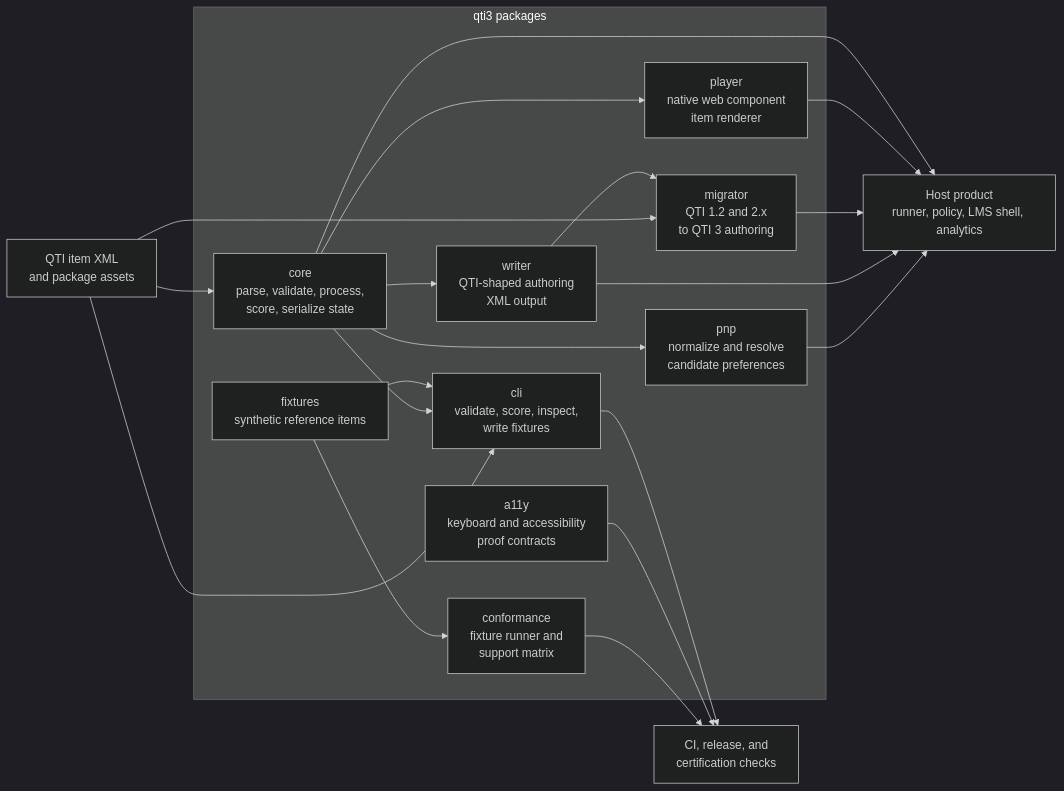
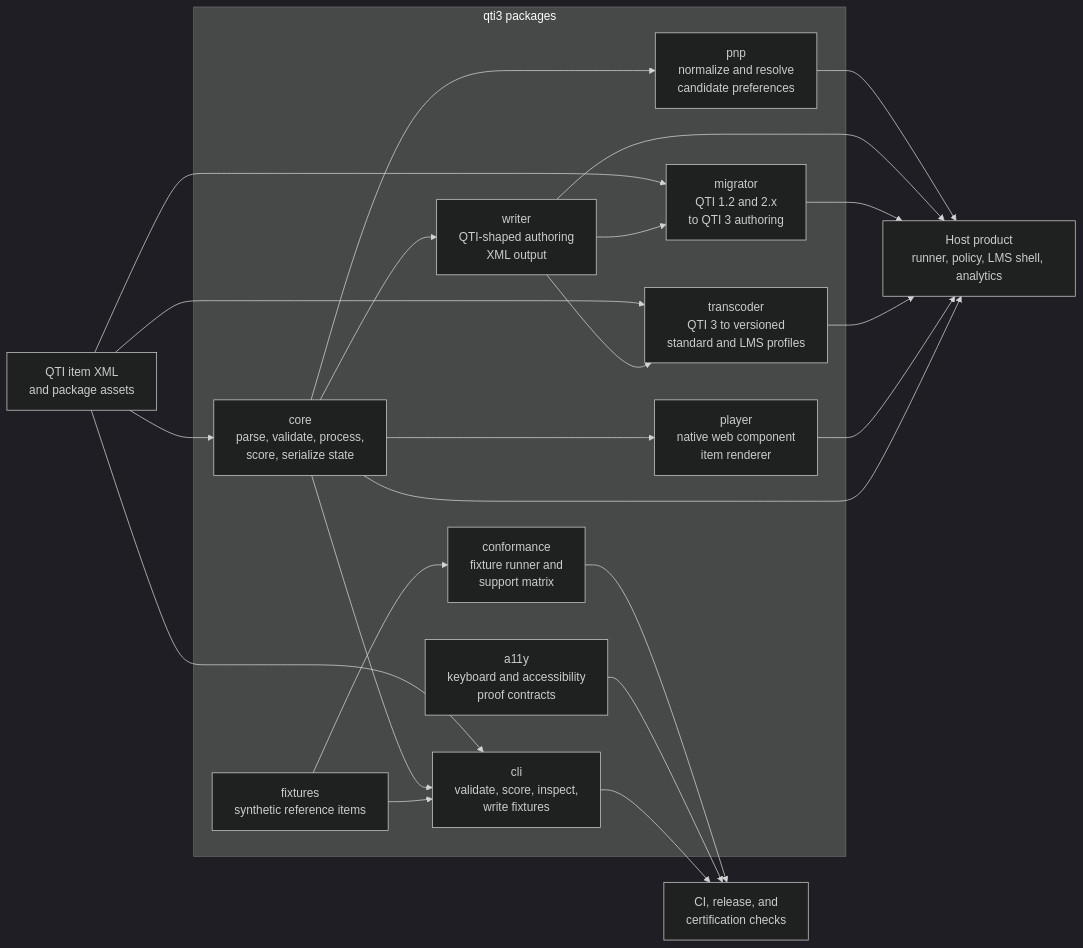
One commit to LongsightGroup/qti3 changed the diagram in README.md. Above: the diagram before and after it, drawn with Mermaid (dark theme). The commit also changed other lines of this file and 14 other files, not shown here.

````diff
--- a/README.md
+++ b/README.md
@@ -32,37 +32,41 @@
 ```mermaid
 flowchart LR
   content["QTI item XML<br/>and package assets"]
   host["Host product<br/>runner, policy, LMS shell, analytics"]
   review["CI, release, and<br/>certification checks"]
 
   subgraph qti3["qti3 packages"]
     core["core<br/>parse, validate, process,<br/>score, serialize state"]
     player["player<br/>native web component<br/>item renderer"]
     fixtures["fixtures<br/>synthetic reference items"]
     conformance["conformance<br/>fixture runner and<br/>support matrix"]
     a11y["a11y<br/>keyboard and accessibility<br/>proof contracts"]
     cli["cli<br/>validate, score, inspect,<br/>write fixtures"]
     pnp["pnp<br/>normalize and resolve<br/>candidate preferences"]
     writer["writer<br/>QTI-shaped authoring<br/>XML output"]
     migrator["migrator<br/>QTI 1.2 and 2.x<br/>to QTI 3 authoring"]
+    transcoder["transcoder<br/>QTI 3 to versioned<br/>standard and LMS profiles"]
   end
 
   content --> core
   content --> cli
   content --> migrator
+  content --> transcoder
   core --> player
   core --> cli
   core --> pnp
   core --> writer
   writer --> migrator
+  writer --> transcoder
   fixtures --> conformance
   fixtures --> cli
   conformance --> review
   a11y --> review
   cli --> review
   pnp --> host
   writer --> host
   migrator --> host
+  transcoder --> host
   player --> host
   core --> host
 ```
````
